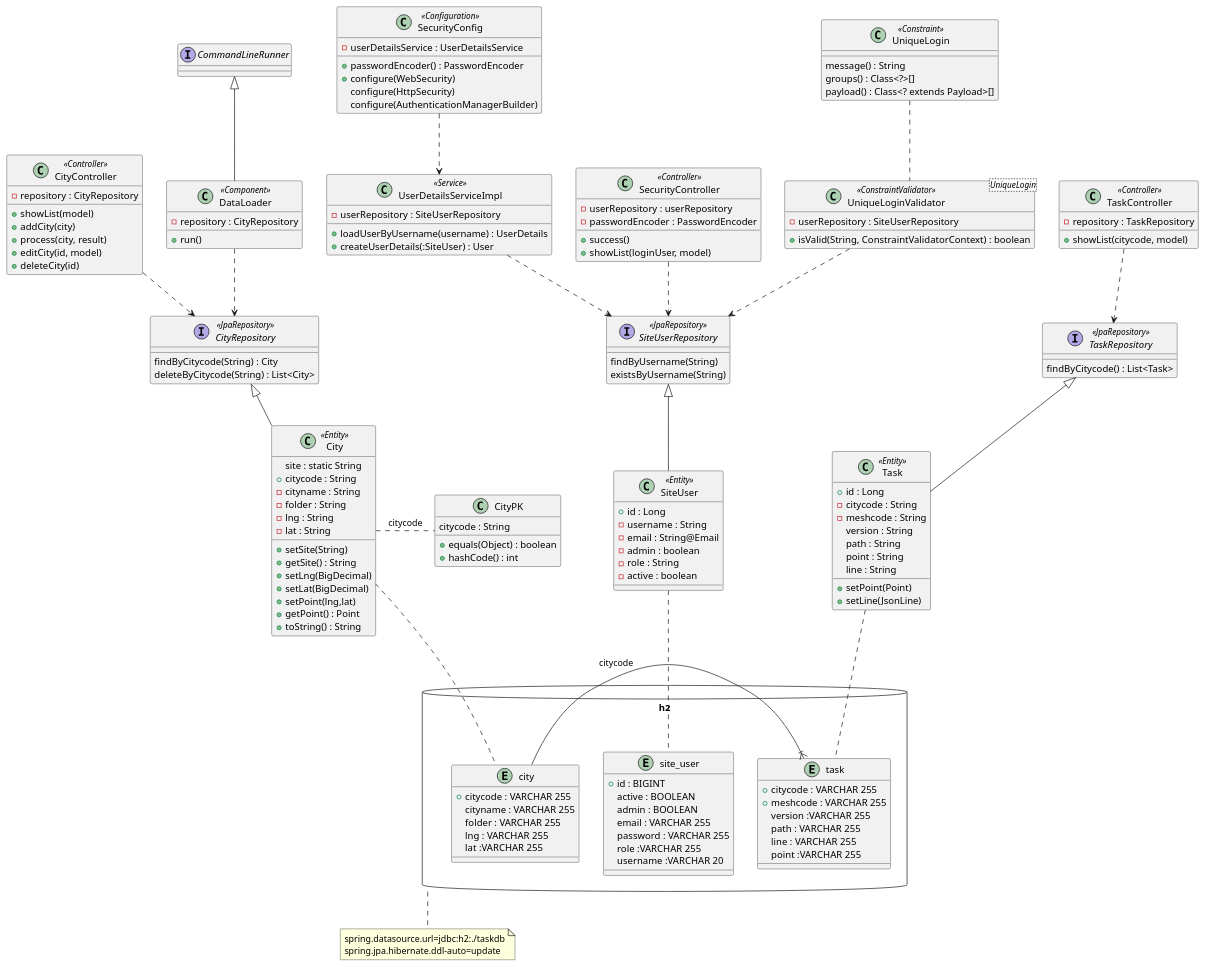
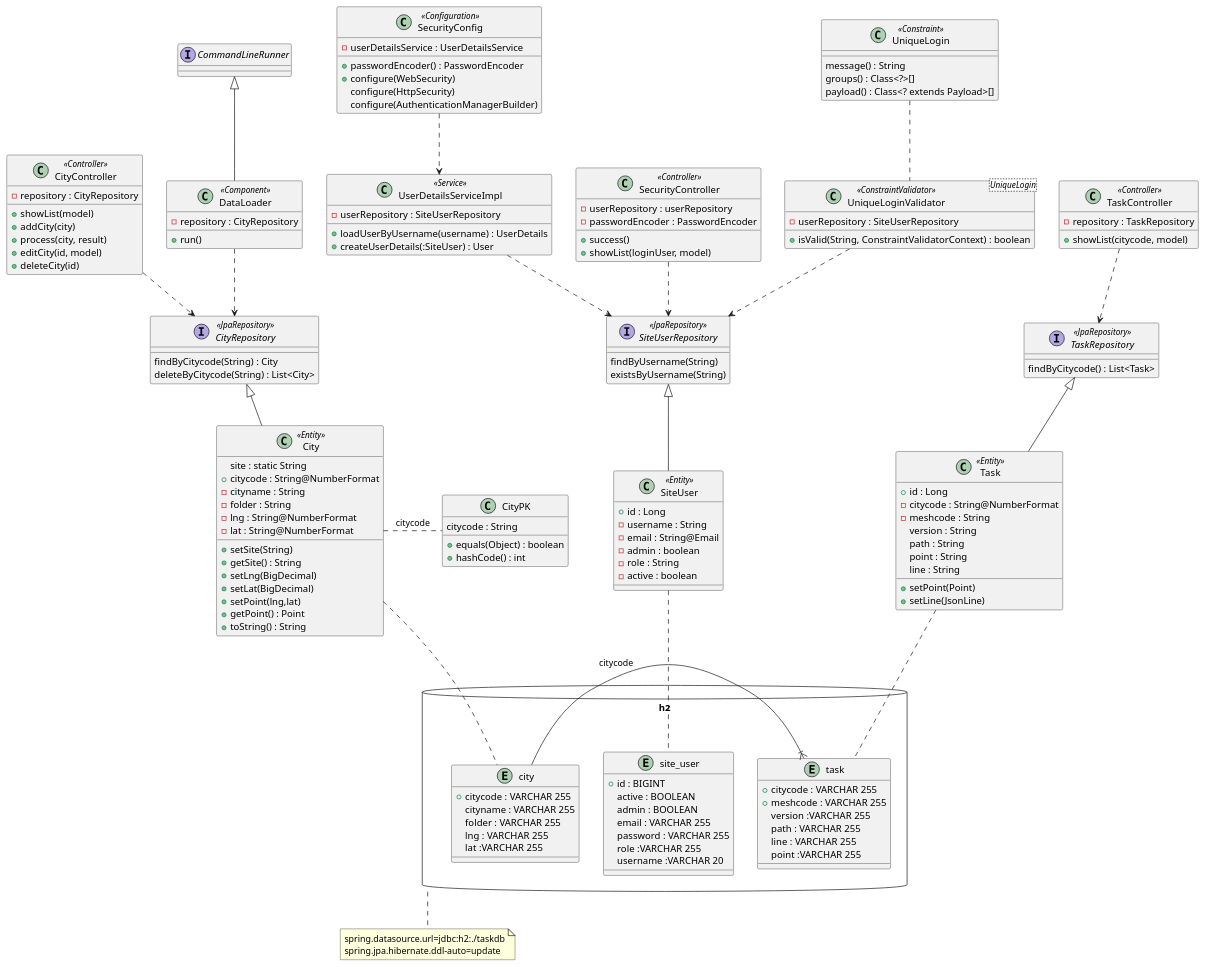
Before and after one commit to yuuhayashi/task-bldg: the diagram in class.pu, drawn with PlantUML. The commit also changed 2001 other files, not shown here.

Commit message:
OK: "/tasks/00000"の地図表示

```diff
--- a/class.pu
+++ b/class.pu
@@ -1,161 +1,161 @@
 @startuml
 
 database "h2" as db {
 	entity city {
 		+ citycode : VARCHAR 255
 		cityname : VARCHAR 255
 		folder : VARCHAR 255
 		lng : VARCHAR 255
 		lat :VARCHAR 255
 	}
 
 	entity site_user {
 		+ id : BIGINT
 		active : BOOLEAN
 		admin : BOOLEAN
 		email : VARCHAR 255
 		password : VARCHAR 255
 		role :VARCHAR 255
 		username :VARCHAR 20
 	}
 
 	entity task {
 		+ citycode : VARCHAR 255
 		+ meshcode : VARCHAR 255
 		version :VARCHAR 255
 		path : VARCHAR 255
 		line : VARCHAR 255
 		point :VARCHAR 255
 	}
 	task }|- city : citycode
 }
 note bottom of db : spring.datasource.url=jdbc:h2:./taskdb\nspring.jpa.hibernate.ddl-auto=update
 
 class SecurityConfig <<Configuration>> {
 	- userDetailsService : UserDetailsService
 	+ passwordEncoder() : PasswordEncoder
 	+ configure(WebSecurity)
 	configure(HttpSecurity)
 	configure(AuthenticationManagerBuilder)
 }
 
 class UserDetailsServiceImpl <<Service>> {
   - userRepository : SiteUserRepository
   + loadUserByUsername(username) : UserDetails
   + createUserDetails(:SiteUser) : User
 }
 
 class SecurityController <<Controller>> {
   - userRepository : userRepository
   - passwordEncoder : PasswordEncoder
   + success()
   + showList(loginUser, model)
 }
 
 class SiteUser <<Entity>> {
   + id : Long
   - username : String
   - email : String@Email
   - admin : boolean
   - role : String
   - active : boolean
 }
 SiteUser .. site_user
 
 class UniqueLoginValidator<UniqueLogin> <<ConstraintValidator>> {
   - userRepository : SiteUserRepository
   + isValid(String, ConstraintValidatorContext) : boolean
 }
 
 class UniqueLogin <<Constraint>> {
   message() : String
   groups() : Class<?>[]
   payload() : Class<? extends Payload>[]
 }
 
 interface SiteUserRepository <<JpaRepository>> {
 	findByUsername(String)
 	existsByUsername(String)
 }
 SecurityConfig ..> UserDetailsServiceImpl
 UserDetailsServiceImpl ..> SiteUserRepository
 SecurityController ..> SiteUserRepository
 UniqueLoginValidator ..> SiteUserRepository
 UniqueLogin .. UniqueLoginValidator
 SiteUserRepository <|-- SiteUser
 
 class City <<Entity>> {
 	site : static String
-  + citycode : String
+  + citycode : String@NumberFormat
   - cityname : String
   - folder : String
-  - lng : String
-  - lat : String
+  - lng : String@NumberFormat
+  - lat : String@NumberFormat
   + setSite(String)
   + getSite() : String
   + setLng(BigDecimal)
   + setLat(BigDecimal)
   + setPoint(lng,lat)
   + getPoint() : Point
   + toString() : String
 }
 City .. city
 City . CityPK : citycode
 
 class CityPK {
 	citycode : String
 	+ equals(Object) : boolean
 	+ hashCode() : int
 }
 
 interface CityRepository <<JpaRepository>> {
 	findByCitycode(String) : City
 	deleteByCitycode(String) : List<City>
 }
 CityRepository <|-- City
 
 class CityController <<Controller>> {
   - repository : CityRepository
   + showList(model)
   + addCity(city)
   + process(city, result)
   + editCity(id, model)
   + deleteCity(id)
 }
 CityController ..> CityRepository
 
 class TaskController <<Controller>> {
   - repository : TaskRepository
   + showList(citycode, model)
 }
 TaskController ..> TaskRepository
 
 interface TaskRepository <<JpaRepository>> {
 	findByCitycode() : List<Task>
 }
 TaskRepository <|-- Task
 
 class Task <<Entity>> {
   + id : Long
-  - citycode : String
+  - citycode : String@NumberFormat
   - meshcode : String
   version : String
   path : String
   point : String
   line : String
   + setPoint(Point)
   + setLine(JsonLine)
 }
 Task .. task
 
 interface CommandLineRunner
 
 class DataLoader <<Component>> {
   - repository : CityRepository
   + run()
 }
 DataLoader ..> CityRepository
 
 CommandLineRunner <|-- DataLoader
 
 @enduml
```
